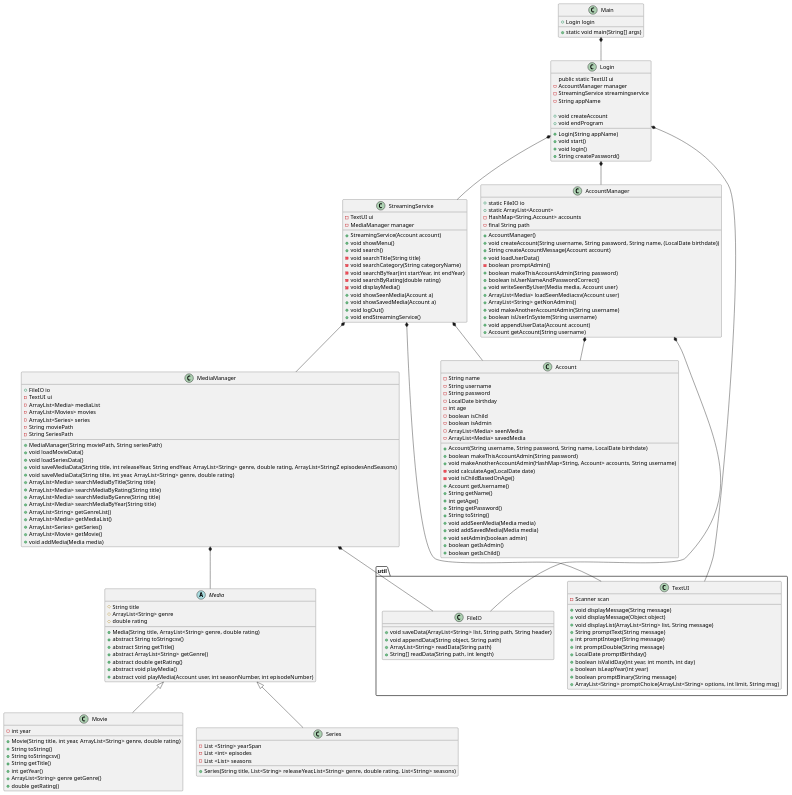
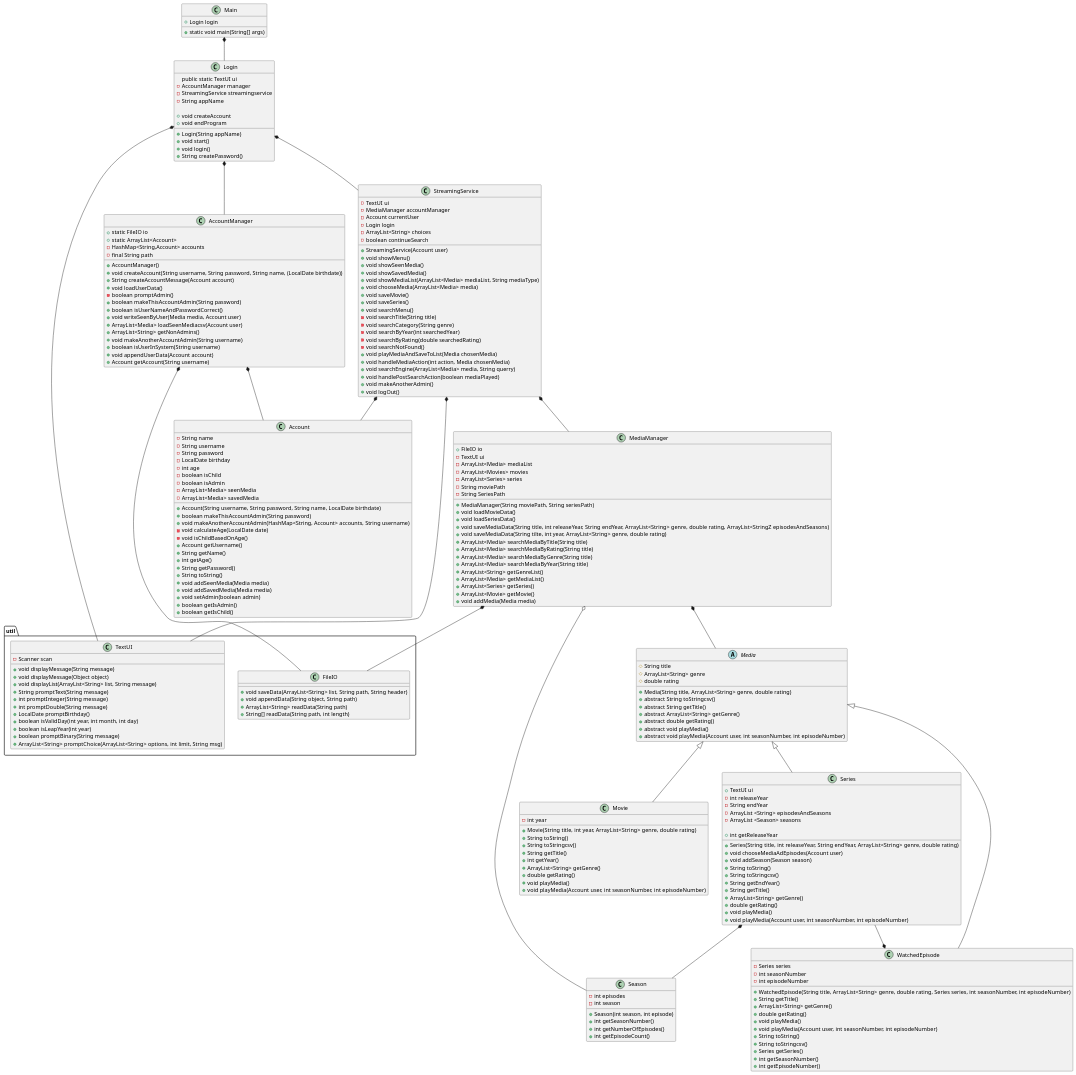
The diagram in doc/Plan/Static/classdiagram_v1.puml (DHangaard/Studypoint3_Dat1_2025), drawn with PlantUML before and after one commit. The commit also changed 6 other files, not shown here.

```diff
--- a/doc/Plan/Static/classdiagram_v1.puml
+++ b/doc/Plan/Static/classdiagram_v1.puml
@@ -128,36 +128,97 @@
 + String toStringcsv()
 + String getTitle()
 + int getYear()
-+ ArrayList<String> genre getGenre()
++ ArrayList<String> getGenre()
 + double getRating()
++ void playMedia()
++ void playMedia(Account user, int seasonNumber, int episodeNumber)
+}
+
+
+
+class Season{
+- int episodes
+- int season
+
++ Season(int season, int episode)
++ int getSeasonNumber()
++ int getNumberOfEpisodes()
++ int getEpisodeCount()
 }
 
 
 
 class Series{
-- List <String> yearSpan
-- List <int> episodes
-- List <List> seasons
-+ Series(String title, List<String> releaseYear,List<String> genre, double rating, List<String> seasons)
++ TextUI ui
+- int releaseYear
+- String endYear
+- ArrayList <String> episodesAndSeasons
+- ArrayList <Season> seasons
+
++ Series(String title, int releaseYear, String endYear, ArrayList<String> genre, double rating)
++ void chooseMediaAdEpisodes(Account user)
++ void addSeason(Season season)
++ String toString()
++ String toStringcsv()
++ int getReleaseYear
++ String getEndYear()
++ String getTitle()
++ ArrayList<String> getGenre()
++ double getRating()
++ void playMedia()
++ void playMedia(Account user, int seasonNumber, int episodeNumber)
 }
 
 
 
 class StreamingService{
 - TextUI ui
-- MediaManager manager
-+ StreamingService(Account account)
+- MediaManager accountManager
+- Account currentUser
+- Login login
+- ArrayList<String> choices
+- boolean continueSearch
+
++ StreamingService(Account user)
 + void showMenu()
-+ void search()
++ void showSeenMedia()
++ void showSavedMedia()
++ void showMediaList(ArrayList<Media> mediaList, String mediaType)
++ void chooseMedia(ArrayList<Media> media)
++ void saveMovie()
++ void saveSeries()
++ void searchMenu()
 - void searchTitle(String title)
-- void searchCategory(String categoryName)
-- void searchByYear(int startYear, int endYear)
-- void searchByRating(double rating)
-- void displayMedia()
-+ void showSeenMedia(Account a)
-+ void showSavedMedia(Account a)
+- void searchCategory(String genre)
+- void searchByYear(int searchedYear)
+- void searchByRating(double searchedRating)
+- void searchNotFound()
++ void playMediaAndSaveToList(Media chosenMedia)
++ void handleMediaAction(int action, Media chosenMedia)
++ void searchEngine(ArrayList<Media> media, String querry)
++ void handlePostSearchAction(boolean mediaPlayed)
++ void makeAnotherAdmin()
 + void logOut()
-+ void endStreamingService()
+}
+
+
+
+class WatchedEpisode{
+- Series series
+- int seasonNumber
+- int episodeNumber
+
++ WatchedEpisode(String title, ArrayList<String> genre, double rating, Series series, int seasonNumber, int episodeNumber)
++ String getTitle()
++ ArrayList<String> getGenre()
++ double getRating()
++ void playMedia()
++ void playMedia(Account user, int seasonNumber, int episodeNumber)
++ String toString()
++ String toStringcsv()
++ Series getSeries()
++ int getSeasonNumber()
++ int getEpisodeNumber()
 }
 
 
@@ -203,9 +264,13 @@
 StreamingService *-- MediaManager
 MediaManager *-- FileIO
 MediaManager *-- Media
+MediaManager o-- Season
 
+Series --* WatchedEpisode
+Series *-- Season
 
 Media <|-- Movie
 Media <|-- Series
+Media <|-- WatchedEpisode
 
 @enduml
```
